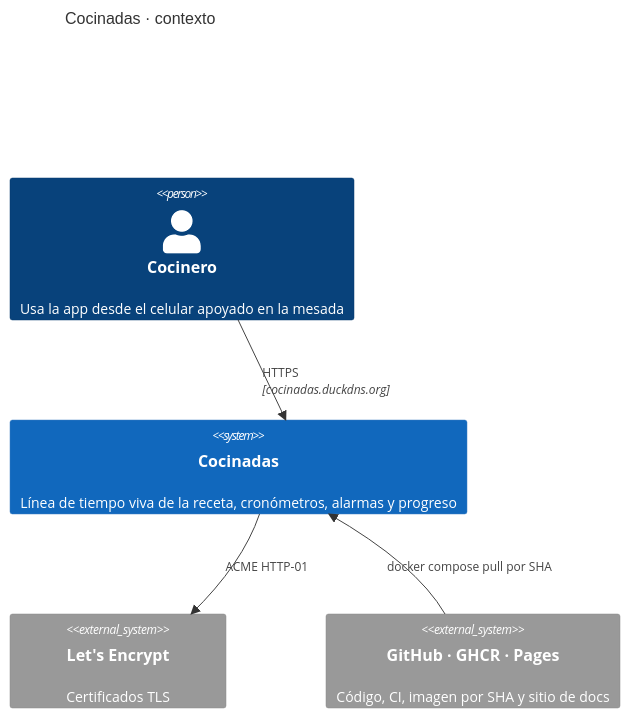
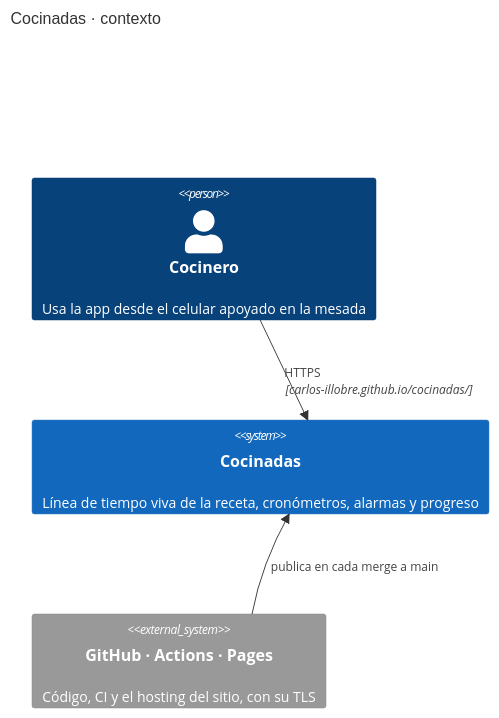
Before and after one commit to carlos-illobre/cocinadas: the first of 4 diagrams in docs/ARCHITECTURE.md, drawn with Mermaid. The commit also changed other lines of this file and 22 other files, not shown here.

````diff
--- a/docs/ARCHITECTURE.md
+++ b/docs/ARCHITECTURE.md
@@ -21,11 +21,9 @@
 ```mermaid
 C4Context
   title Cocinadas · contexto
   Person(cocinero, "Cocinero", "Usa la app desde el celular apoyado en la mesada")
   System(cocinadas, "Cocinadas", "Línea de tiempo viva de la receta, cronómetros, alarmas y progreso")
-  System_Ext(letsencrypt, "Let's Encrypt", "Certificados TLS")
-  System_Ext(ghcr, "GitHub · GHCR · Pages", "Código, CI, imagen por SHA y sitio de docs")
-  Rel(cocinero, cocinadas, "HTTPS", "cocinadas.duckdns.org")
-  Rel(cocinadas, letsencrypt, "ACME HTTP-01")
-  Rel(ghcr, cocinadas, "docker compose pull por SHA")
+  System_Ext(github, "GitHub · Actions · Pages", "Código, CI y el hosting del sitio, con su TLS")
+  Rel(cocinero, cocinadas, "HTTPS", "carlos-illobre.github.io/cocinadas/")
+  Rel(github, cocinadas, "publica en cada merge a main")
 ```
````
